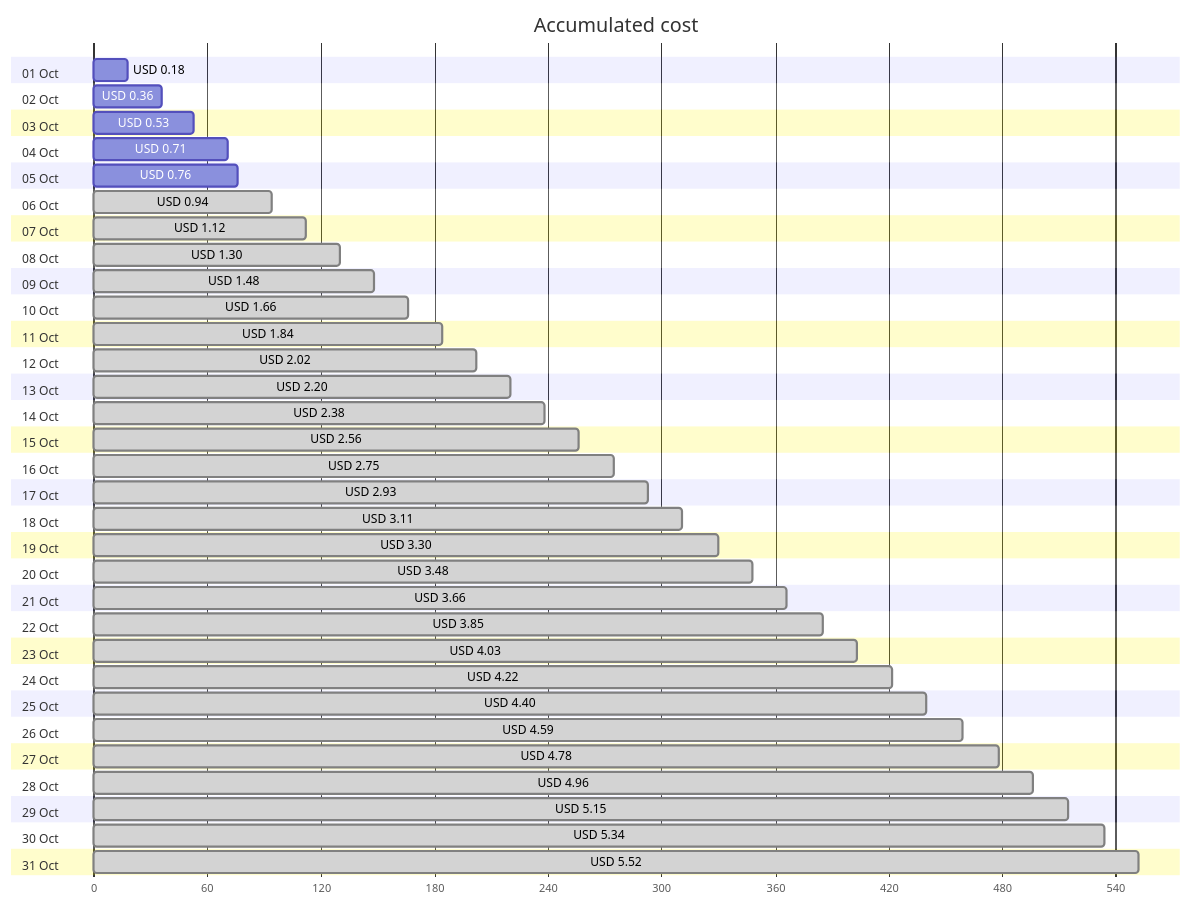
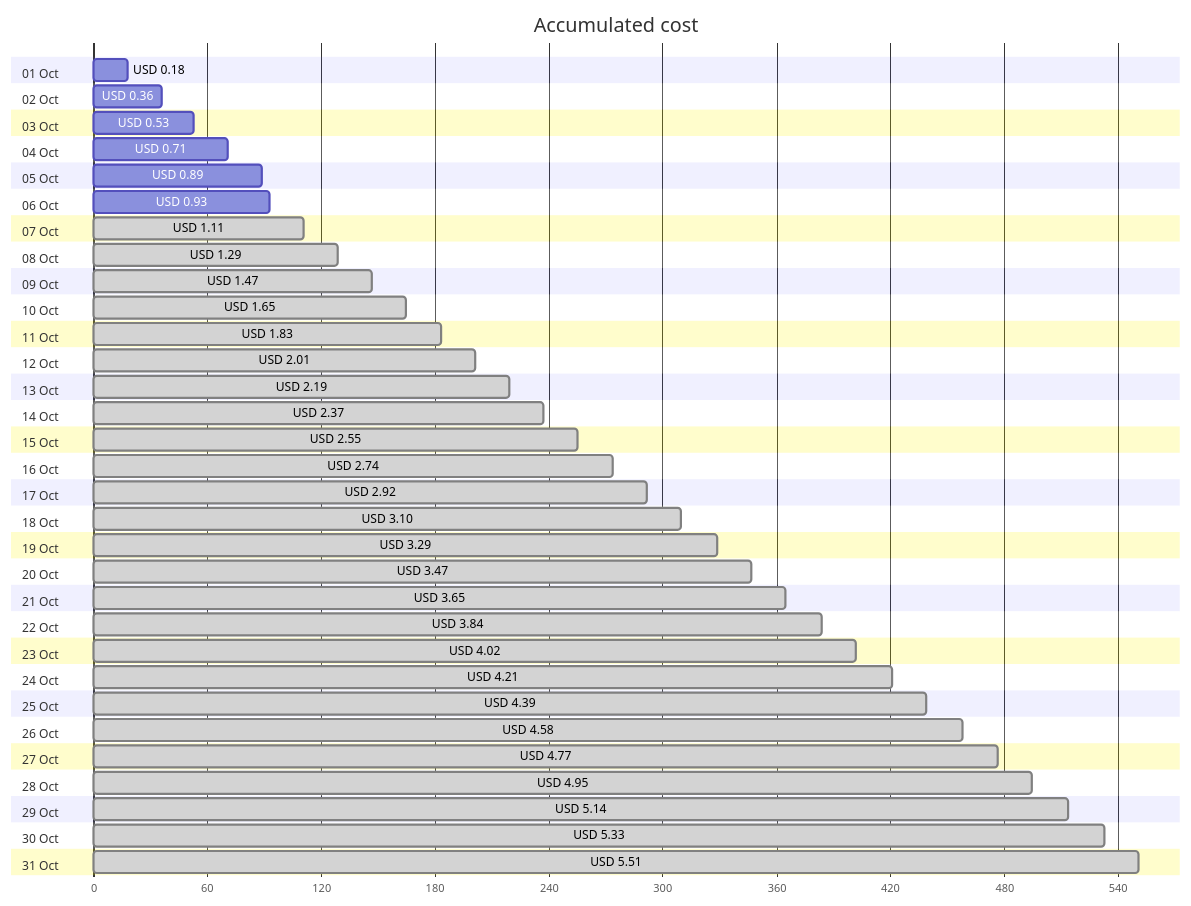
Before and after one commit to jpfulton/azure-personal-reports: the first of 4 diagrams in cost-reports/personal-network/backup-server.md, drawn with Mermaid. The commit also changed other lines of this file and 8 other files, not shown here.

````diff
--- a/cost-reports/personal-network/backup-server.md
+++ b/cost-reports/personal-network/backup-server.md
@@ -20,68 +20,68 @@
 ```mermaid
 gantt
    title Accumulated cost
    dateFormat  X
    axisFormat %s
    section 01 Oct
    USD 0.18 :0, 18
    section 02 Oct
    USD 0.36 :0, 36
    section 03 Oct
    USD 0.53 :0, 53
    section 04 Oct
    USD 0.71 :0, 71
    section 05 Oct
-   USD 0.76 :0, 76
+   USD 0.89 :0, 89
    section 06 Oct
-   USD 0.94 : done, 0, 94
+   USD 0.93 :0, 93
    section 07 Oct
-   USD 1.12 : done, 0, 112
+   USD 1.11 : done, 0, 111
    section 08 Oct
-   USD 1.30 : done, 0, 130
+   USD 1.29 : done, 0, 129
    section 09 Oct
-   USD 1.48 : done, 0, 148
+   USD 1.47 : done, 0, 147
    section 10 Oct
-   USD 1.66 : done, 0, 166
+   USD 1.65 : done, 0, 165
    section 11 Oct
-   USD 1.84 : done, 0, 184
+   USD 1.83 : done, 0, 183
    section 12 Oct
-   USD 2.02 : done, 0, 202
+   USD 2.01 : done, 0, 201
    section 13 Oct
-   USD 2.20 : done, 0, 220
+   USD 2.19 : done, 0, 219
    section 14 Oct
-   USD 2.38 : done, 0, 238
+   USD 2.37 : done, 0, 237
    section 15 Oct
-   USD 2.56 : done, 0, 256
+   USD 2.55 : done, 0, 255
    section 16 Oct
-   USD 2.75 : done, 0, 275
+   USD 2.74 : done, 0, 274
    section 17 Oct
-   USD 2.93 : done, 0, 293
+   USD 2.92 : done, 0, 292
    section 18 Oct
-   USD 3.11 : done, 0, 311
+   USD 3.10 : done, 0, 310
    section 19 Oct
-   USD 3.30 : done, 0, 330
+   USD 3.29 : done, 0, 329
    section 20 Oct
-   USD 3.48 : done, 0, 348
+   USD 3.47 : done, 0, 347
    section 21 Oct
-   USD 3.66 : done, 0, 366
+   USD 3.65 : done, 0, 365
    section 22 Oct
-   USD 3.85 : done, 0, 385
+   USD 3.84 : done, 0, 384
    section 23 Oct
-   USD 4.03 : done, 0, 403
+   USD 4.02 : done, 0, 402
    section 24 Oct
-   USD 4.22 : done, 0, 422
+   USD 4.21 : done, 0, 421
    section 25 Oct
-   USD 4.40 : done, 0, 440
+   USD 4.39 : done, 0, 439
    section 26 Oct
-   USD 4.59 : done, 0, 459
+   USD 4.58 : done, 0, 458
    section 27 Oct
-   USD 4.78 : done, 0, 478
+   USD 4.77 : done, 0, 477
    section 28 Oct
-   USD 4.96 : done, 0, 496
+   USD 4.95 : done, 0, 495
    section 29 Oct
-   USD 5.15 : done, 0, 515
+   USD 5.14 : done, 0, 514
    section 30 Oct
-   USD 5.34 : done, 0, 534
+   USD 5.33 : done, 0, 533
    section 31 Oct
-   USD 5.52 : done, 0, 552
+   USD 5.51 : done, 0, 551
 ```
````
